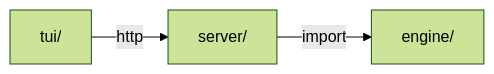
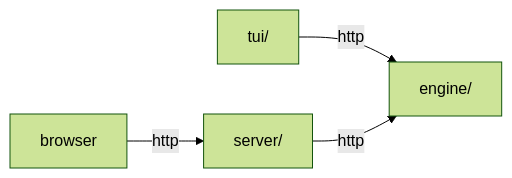
One commit to yamcodes/akin changed the fourth of 4 diagrams in README.md. Above: the diagram before and after it, drawn with Mermaid (forest theme). The commit also changed other lines of this file, not shown here.

````diff
--- a/README.md
+++ b/README.md
@@ -25,4 +32,5 @@
 ```mermaid
 graph LR
-    tui["tui/"] --http--> server["server/"] --import--> engine["engine/"]
+    tui["tui/"] --http--> engine["engine/"]
+    browser["browser"] --http--> server["server/"] --http--> engine
 ```
````
